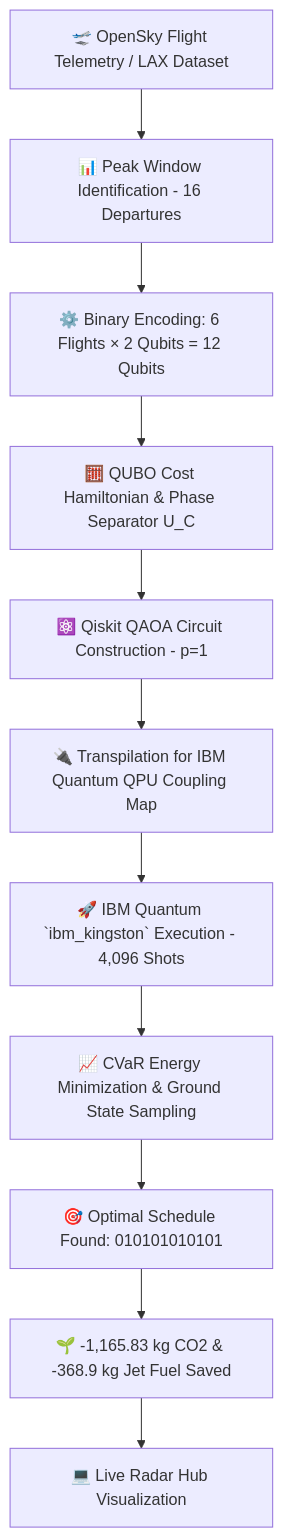
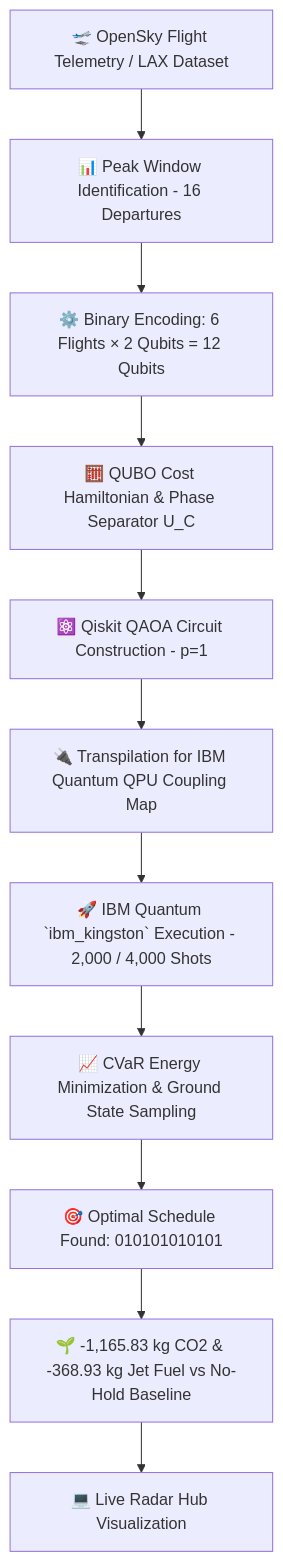
The diagram in README.md (SathwikAlapati1205/qiskit-avaition-optimisation), drawn with Mermaid before and after one commit. The commit also changed other lines of this file and 6 other files, not shown here.

````diff
--- a/README.md
+++ b/README.md
@@ -46,13 +50,13 @@
 ```mermaid
 flowchart TD
     A[🛫 OpenSky Flight Telemetry / LAX Dataset] --> B[📊 Peak Window Identification - 16 Departures]
     B --> C[⚙️ Binary Encoding: 6 Flights × 2 Qubits = 12 Qubits]
     C --> D[🧮 QUBO Cost Hamiltonian & Phase Separator U_C]
     D --> E[⚛️ Qiskit QAOA Circuit Construction - p=1]
     E --> F[🔌 Transpilation for IBM Quantum QPU Coupling Map]
-    F --> G[🚀 IBM Quantum `ibm_kingston` Execution - 4,096 Shots]
+    F --> G[🚀 IBM Quantum `ibm_kingston` Execution - 2,000 / 4,000 Shots]
     G --> H[📈 CVaR Energy Minimization & Ground State Sampling]
     H --> I[🎯 Optimal Schedule Found: 010101010101]
-    I --> J[🌱 -1,165.83 kg CO2 & -368.9 kg Jet Fuel Saved]
+    I --> J[🌱 -1,165.83 kg CO2 & -368.93 kg Jet Fuel vs No-Hold Baseline]
     J --> K[💻 Live Radar Hub Visualization]
 ```
````
